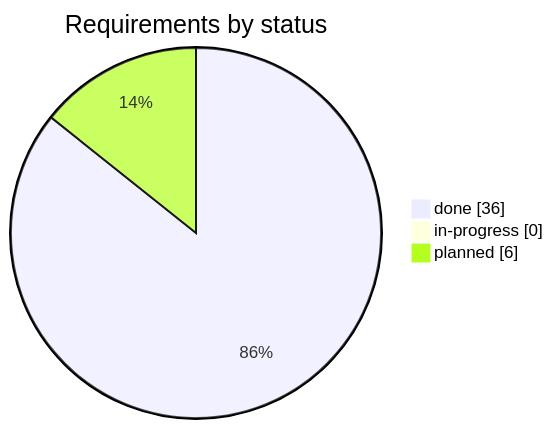
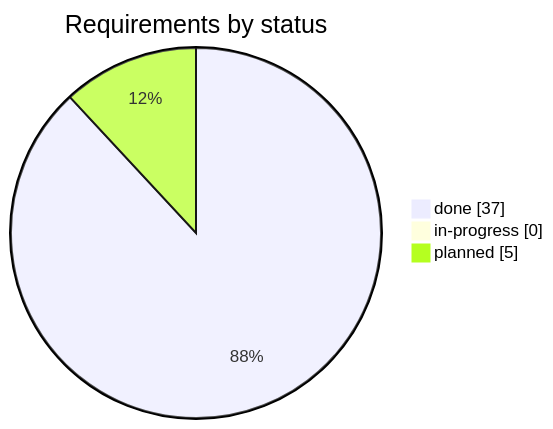
The first of 2 diagrams in docs/gap-list.md (rikire/Exchange-Student-Guide-Platform), drawn with Mermaid before and after one commit. The commit also changed other lines of this file and 3 other files, not shown here.

````diff
--- a/docs/gap-list.md
+++ b/docs/gap-list.md
@@ -13,6 +13,6 @@
 ```mermaid
 pie showData title Requirements by status
-    "done" : 36
+    "done" : 37
     "in-progress" : 0
-    "planned" : 6
+    "planned" : 5
 ```
````
